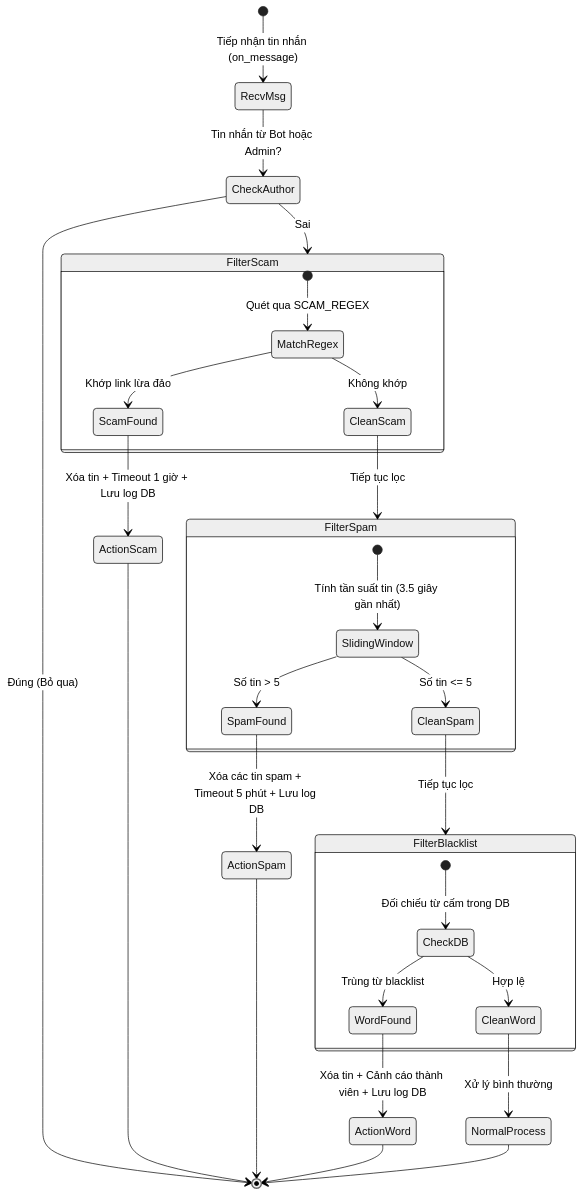
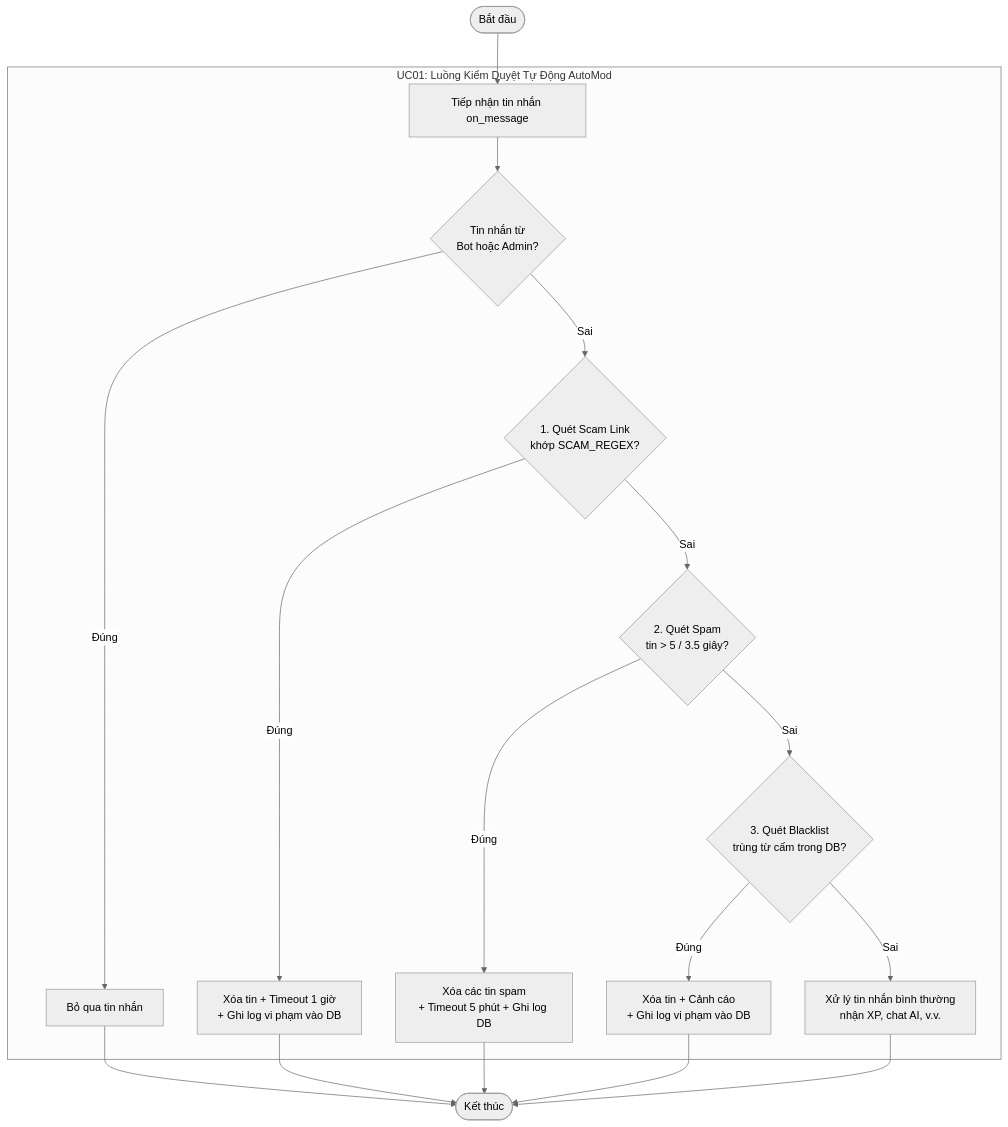
One commit to POWER4392/Bot-DIscord changed the second of 14 diagrams in docs/SDD.md. Above: the diagram before and after it, drawn with Mermaid. The commit also changed other lines of this file and 7 other files, not shown here.

Commit message:
docs: finalize SDD.md layout and optimize AutoMod flowchart

````diff
--- a/docs/SDD.md
+++ b/docs/SDD.md
@@ -1157,165 +1157,53 @@
 ```mermaid
+
+%%{init: {'theme': 'neutral'}}%%
+
+flowchart TD
+
+    Start([Bắt đầu]) --> RecvMsg[Tiếp nhận tin nhắn on_message]
+
+    
+
+    subgraph UC01[UC01: Luồng Kiểm Duyệt Tự Động AutoMod]
+
+        RecvMsg --> CheckAuthor{Tin nhắn từ<br>Bot hoặc Admin?}
+
+        
+
+        CheckAuthor -- Đúng --> Ignore[Bỏ qua tin nhắn]
+
+        CheckAuthor -- Sai --> FilterScam{1. Quét Scam Link<br>khớp SCAM_REGEX?}
+
+        
+
+        FilterScam -- Đúng --> ActionScam[Xóa tin + Timeout 1 giờ<br>+ Ghi log vi phạm vào DB]
+
+        FilterScam -- Sai --> FilterSpam{2. Quét Spam<br>tin > 5 / 3.5 giây?}
+
+        
+
+        FilterSpam -- Đúng --> ActionSpam[Xóa các tin spam<br>+ Timeout 5 phút + Ghi log DB]
+
+        FilterSpam -- Sai --> FilterBlacklist{3. Quét Blacklist<br>trùng từ cấm trong DB?}
+
+        
+
+        FilterBlacklist -- Đúng --> ActionWord[Xóa tin + Cảnh cáo<br>+ Ghi log vi phạm vào DB]
+
+        FilterBlacklist -- Sai --> NormalProcess[Xử lý tin nhắn bình thường<br>nhận XP, chat AI, v.v.]
+
+    end
 
 
 
-%%{init: {'theme': 'neutral'}}%%
+    Ignore --> End([Kết thúc])
 
+    ActionScam --> End
 
+    ActionSpam --> End
 
-stateDiagram-v2
+    ActionWord --> End
 
-
-
-    [*] --> RecvMsg : Tiếp nhận tin nhắn (on_message)
-
-
-
-    RecvMsg --> CheckAuthor : Tin nhắn từ Bot hoặc Admin?
-
-
-
-    CheckAuthor --> [*] : Đúng (Bỏ qua)
-
-
-
-    CheckAuthor --> FilterScam : Sai
-
-
-
-    
-
-
-
-    state FilterScam {
-
-
-
-        [*] --> MatchRegex : Quét qua SCAM_REGEX
-
-
-
-        MatchRegex --> ScamFound : Khớp link lừa đảo
-
-
-
-        MatchRegex --> CleanScam : Không khớp
-
-
-
-    }
-
-
-
-    
-
-
-
-    ScamFound --> ActionScam : Xóa tin + Timeout 1 giờ + Lưu log DB
-
-
-
-    ActionScam --> [*]
-
-
-
-    
-
-
-
-    CleanScam --> FilterSpam : Tiếp tục lọc
-
-
-
-    
-
-
-
-    state FilterSpam {
-
-
-
-        [*] --> SlidingWindow : Tính tần suất tin (3.5 giây gần nhất)
-
-
-
-        SlidingWindow --> SpamFound : Số tin > 5
-
-
-
-        SlidingWindow --> CleanSpam : Số tin <= 5
-
-
-
-    }
-
-
-
-    
-
-
-
-    SpamFound --> ActionSpam : Xóa các tin spam + Timeout 5 phút + Lưu log DB
-
-
-
-    ActionSpam --> [*]
-
-
-
-    
-
-
-
-    CleanSpam --> FilterBlacklist : Tiếp tục lọc
-
-
-
-    
-
-
-
-    state FilterBlacklist {
-
-
-
-        [*] --> CheckDB : Đối chiếu từ cấm trong DB
-
-
-
-        CheckDB --> WordFound : Trùng từ blacklist
-
-
-
-        CheckDB --> CleanWord : Hợp lệ
-
-
-
-    }
-
-
-
-    
-
-
-
-    WordFound --> ActionWord : Xóa tin + Cảnh cáo thành viên + Lưu log DB
-
-
-
-    ActionWord --> [*]
-
-
-
-    
-
-
-
-    CleanWord --> NormalProcess : Xử lý bình thường
-
-
-
-    NormalProcess --> [*]
-
-
+    NormalProcess --> End
 
 ```
````
